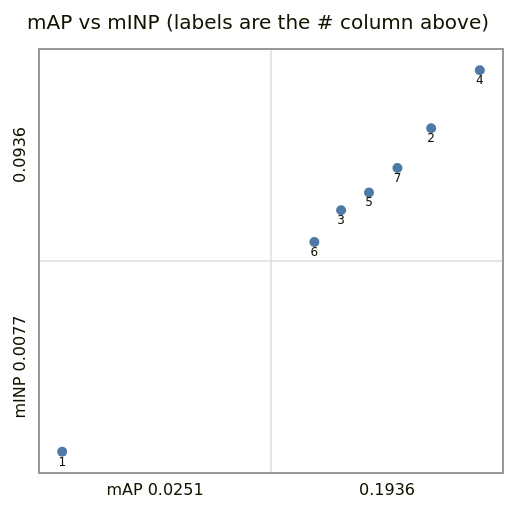
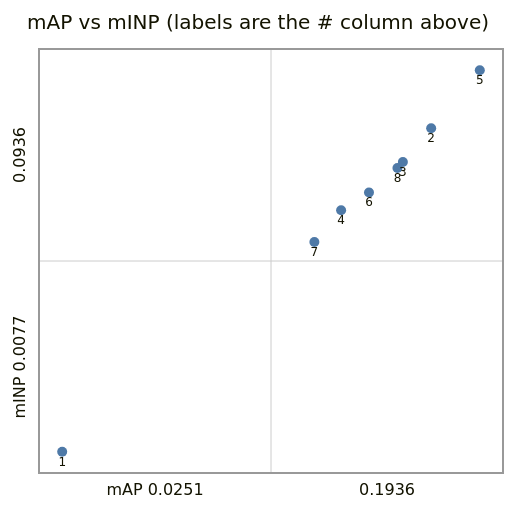
The fifth of 8 diagrams in results/table.md (karolmajek/torment-nexus), drawn with Mermaid before and after one commit. The commit also changed other lines of this file and 31 other files, not shown here.

````diff
--- a/results/table.md
+++ b/results/table.md
@@ -95,18 +98,19 @@
 ```mermaid
 %%{init: {"themeVariables": {"quadrant1Fill": "transparent", "quadrant2Fill": "transparent", "quadrant3Fill": "transparent", "quadrant4Fill": "transparent", "quadrantExternalBorderStrokeFill": "#999999", "quadrantInternalBorderStrokeFill": "#cccccc", "quadrantPointFill": "#4e79a7"}}}%%
 quadrantChart
     title mAP vs mINP (labels are the # column above)
     x-axis "mAP 0.0251" --> "0.1936"
     y-axis "mINP 0.0077" --> "0.0936"
     quadrant-1 " "
     quadrant-2 " "
     quadrant-3 " "
     quadrant-4 " "
     1: [0.0500, 0.0500]
     2: [0.8452, 0.8129]
-    3: [0.6511, 0.6197]
-    4: [0.9500, 0.9500]
-    5: [0.7112, 0.6615]
-    6: [0.5935, 0.5450]
-    7: [0.7725, 0.7194]
+    3: [0.7842, 0.7333]
+    4: [0.6511, 0.6197]
+    5: [0.9500, 0.9500]
+    6: [0.7112, 0.6615]
+    7: [0.5935, 0.5450]
+    8: [0.7725, 0.7194]
 ```
````
